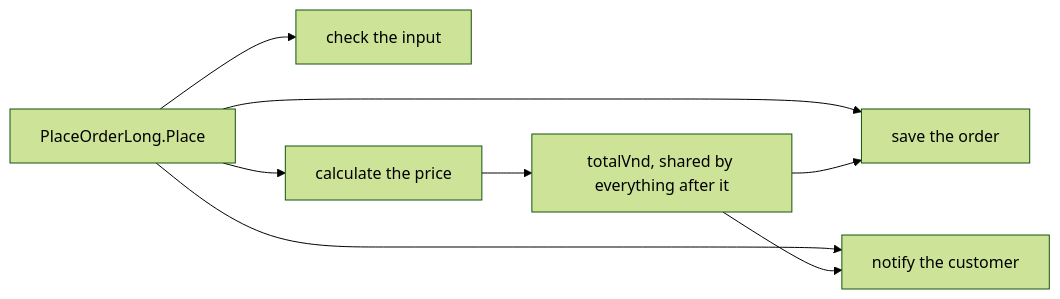
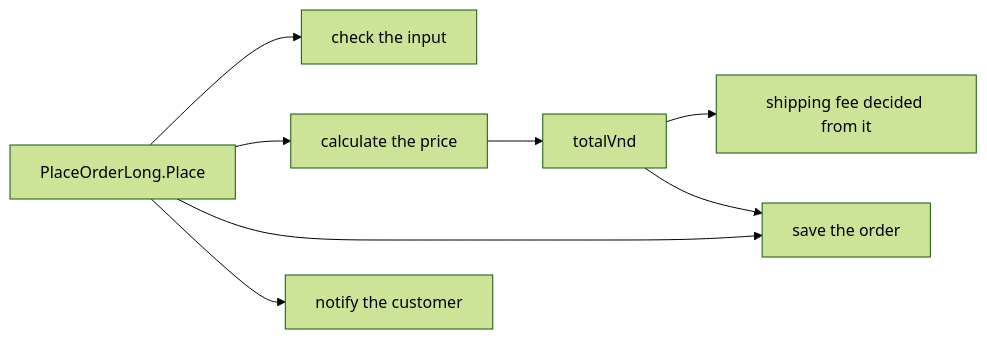
One commit to duyan11110/lo-trinh-architect changed the diagram in content/tracks/design/solid/design.l1.why-design-matters.en.md. Above: the diagram before and after it, drawn with Mermaid (forest theme). The commit also changed other lines of this file and 3 other files, not shown here.

````diff
--- a/content/tracks/design/solid/design.l1.why-design-matters.en.md
+++ b/content/tracks/design/solid/design.l1.why-design-matters.en.md
@@ -40,10 +40,10 @@
 ```mermaid
 flowchart LR
   P[PlaceOrderLong.Place] --> V[check the input]
   P --> C[calculate the price]
   P --> S[save the order]
   P --> N[notify the customer]
-  C --> T[totalVnd, shared by everything after it]
+  C --> T[totalVnd]
+  T --> F[shipping fee decided from it]
   T --> S
-  T --> N
 ```
````
